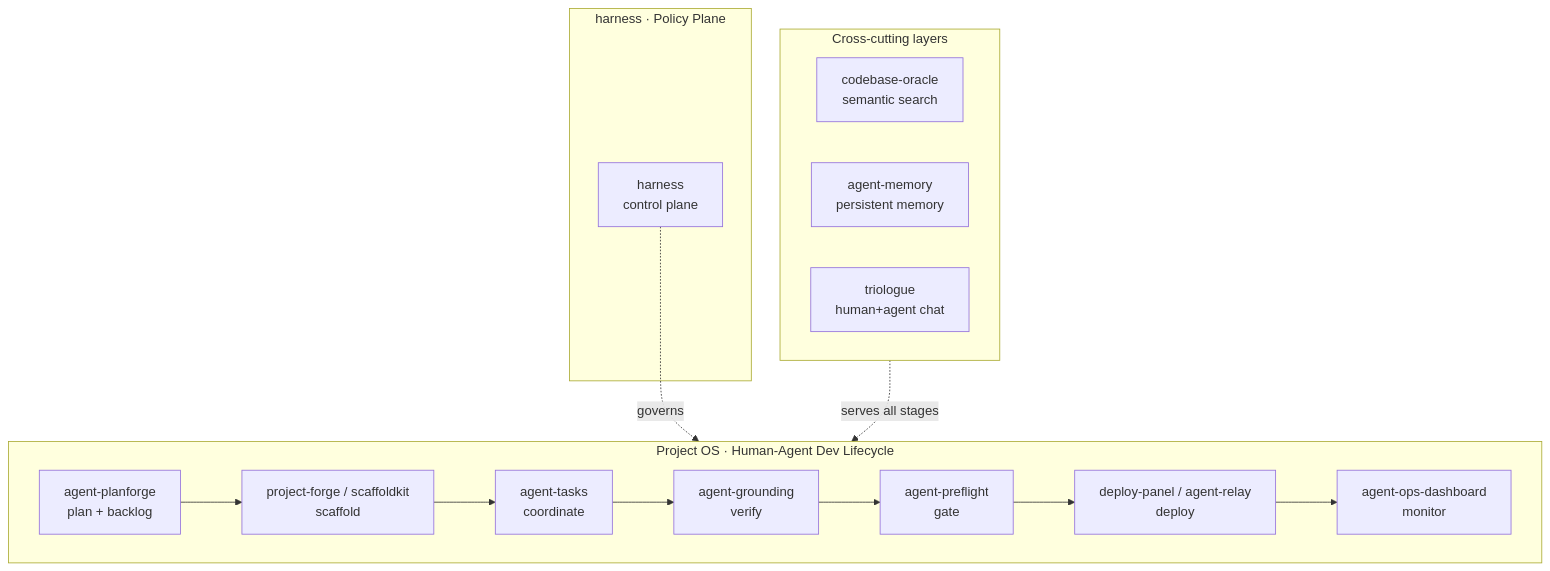
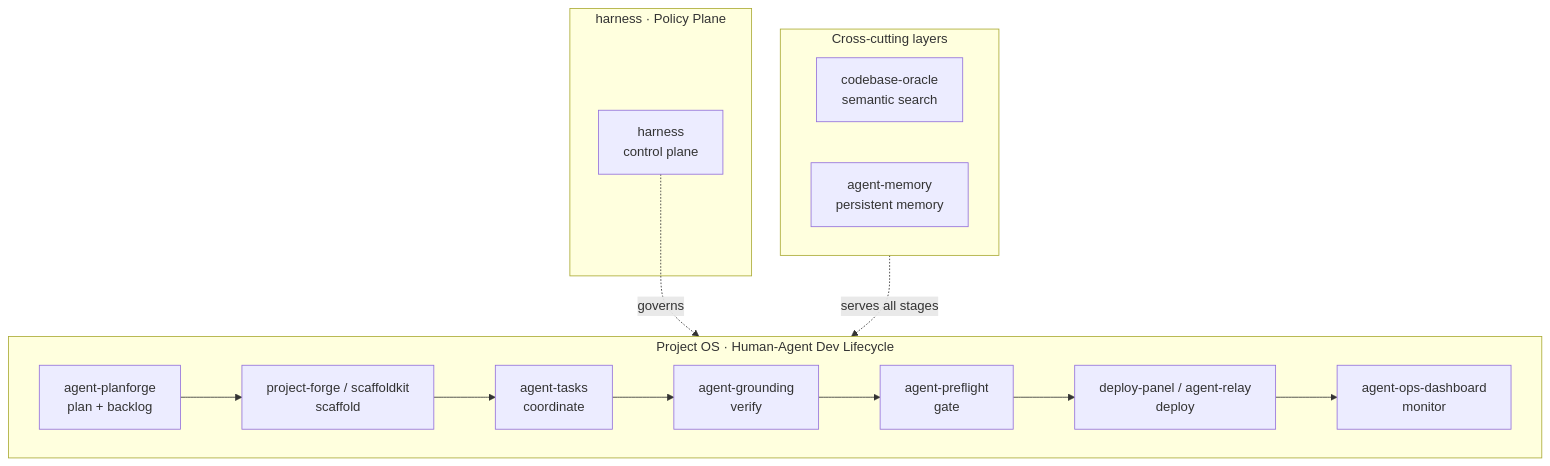
One commit to LanNguyenSi/LanNguyenSi changed the diagram in README.md. Above: the diagram before and after it, drawn with Mermaid. The commit also changed other lines of this file, not shown here.

First line of the commit message:
docs(readme): correct depsight try-it path and architecture map (#10)

````diff
--- a/README.md
+++ b/README.md
@@ -17,28 +17,27 @@
 ```mermaid
 flowchart TD
     subgraph Policy["harness · Policy Plane"]
         H["harness<br/>control plane"]
     end
 
     subgraph DevLifecycle["Project OS · Human-Agent Dev Lifecycle"]
         direction LR
         PLAN["agent-planforge<br/>plan + backlog"]
         SCAFFOLD["project-forge / scaffoldkit<br/>scaffold"]
         COORD["agent-tasks<br/>coordinate"]
         VERIFY["agent-grounding<br/>verify"]
         GATE["agent-preflight<br/>gate"]
         DEPLOY["deploy-panel / agent-relay<br/>deploy"]
         MONITOR["agent-ops-dashboard<br/>monitor"]
         PLAN --> SCAFFOLD --> COORD --> VERIFY --> GATE --> DEPLOY --> MONITOR
     end
 
     subgraph CrossCutting["Cross-cutting layers"]
         direction LR
         ORACLE["codebase-oracle<br/>semantic search"]
         MEMORY["agent-memory<br/>persistent memory"]
-        TRI["triologue<br/>human+agent chat"]
     end
 
     H -.->|governs| DevLifecycle
     CrossCutting -.->|serves all stages| DevLifecycle
 ```
````
